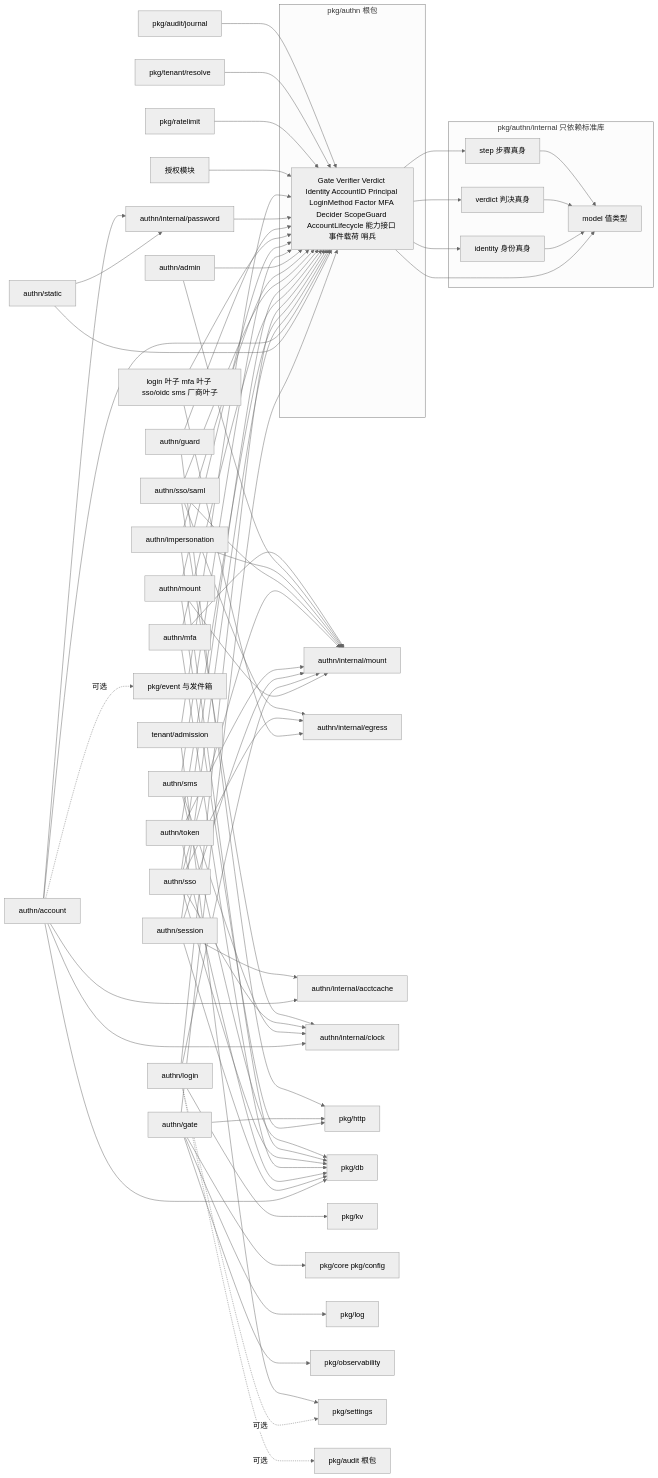
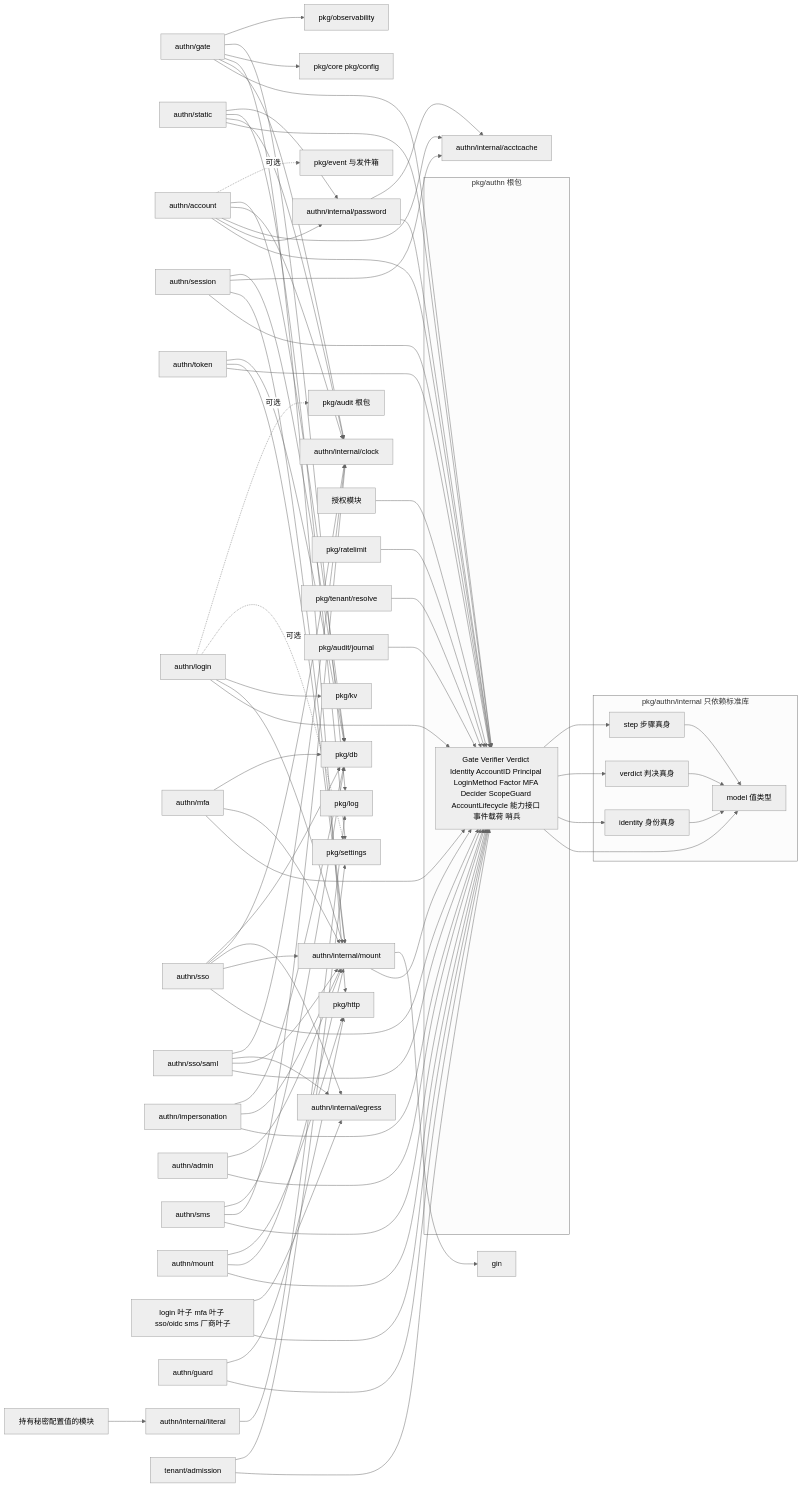
The second of 3 diagrams in docs/design/modules/design-authn.md (wangzw/speed), drawn with Mermaid (neutral theme) before and after one commit. The commit also changed other lines of this file and 208 other files, not shown here.

```diff
--- a/docs/design/modules/design-authn.md
+++ b/docs/design/modules/design-authn.md
@@ -425,6 +431,15 @@
     egress[authn/internal/egress]
     acctcache[authn/internal/acctcache]
     clock[authn/internal/clock]
+    literal[authn/internal/literal]
+    mount --> R
+    mount --> gin[gin]
+    pwd --> acctcache
+    literal --> logm[pkg/log]
+    holders[持有秘密配置值的模块] --> literal
+    gate --> clock
+    static --> clock
+    static --> settings[pkg/settings]
     mountmod --> mount
     login --> mount
     session --> mount
@@ -457,9 +472,9 @@
     smsc --> db
     login --> kv[pkg/kv]
     gate --> core[pkg/core pkg/config]
-    gate --> logm[pkg/log]
+    gate --> logm
     gate --> obs[pkg/observability]
-    login -.可选.-> settings[pkg/settings]
+    login -.可选.-> settings
     login -.可选.-> audit[pkg/audit 根包]
     account -.可选.-> event[pkg/event 与发件箱]
     admission[tenant/admission] --> R
```
